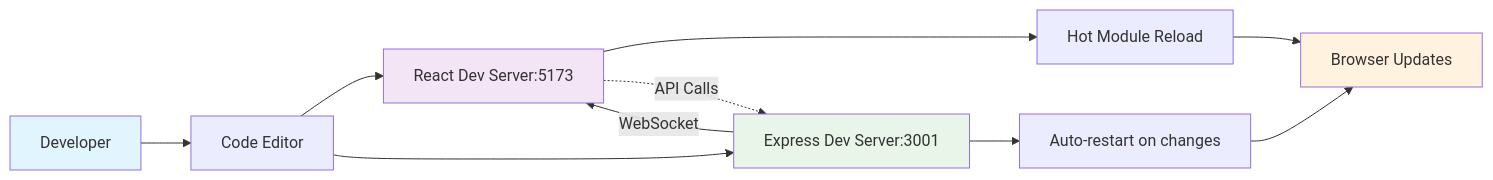
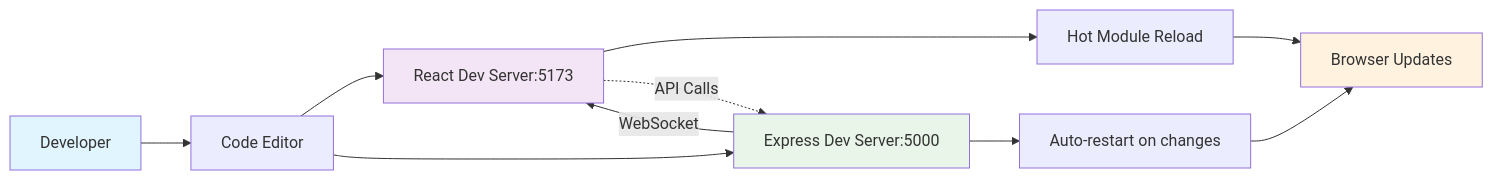
Before and after one commit to nishant-iith/autocode: the diagram in markdown-docs/02-development-setup.md, drawn with Mermaid. The commit also changed other lines of this file and 5 other files, not shown here.

````diff
--- a/markdown-docs/02-development-setup.md
+++ b/markdown-docs/02-development-setup.md
@@ -348,20 +164,20 @@
 ```mermaid
 graph LR
     Dev[Developer] --> Edit[Code Editor]
     Edit --> Frontend[React Dev Server:5173]
-    Edit --> Backend[Express Dev Server:3001]
+    Edit --> Backend[Express Dev Server:5000]
 
     Frontend --> HMR[Hot Module Reload]
     Backend --> Nodemon[Auto-restart on changes]
 
     Frontend -.->|API Calls| Backend
     Backend -->|WebSocket| Frontend
 
     HMR --> Browser[Browser Updates]
     Nodemon --> Browser
 
     style Dev fill:#e1f5fe
     style Frontend fill:#f3e5f5
     style Backend fill:#e8f5e8
     style Browser fill:#fff3e0
 ```
````
